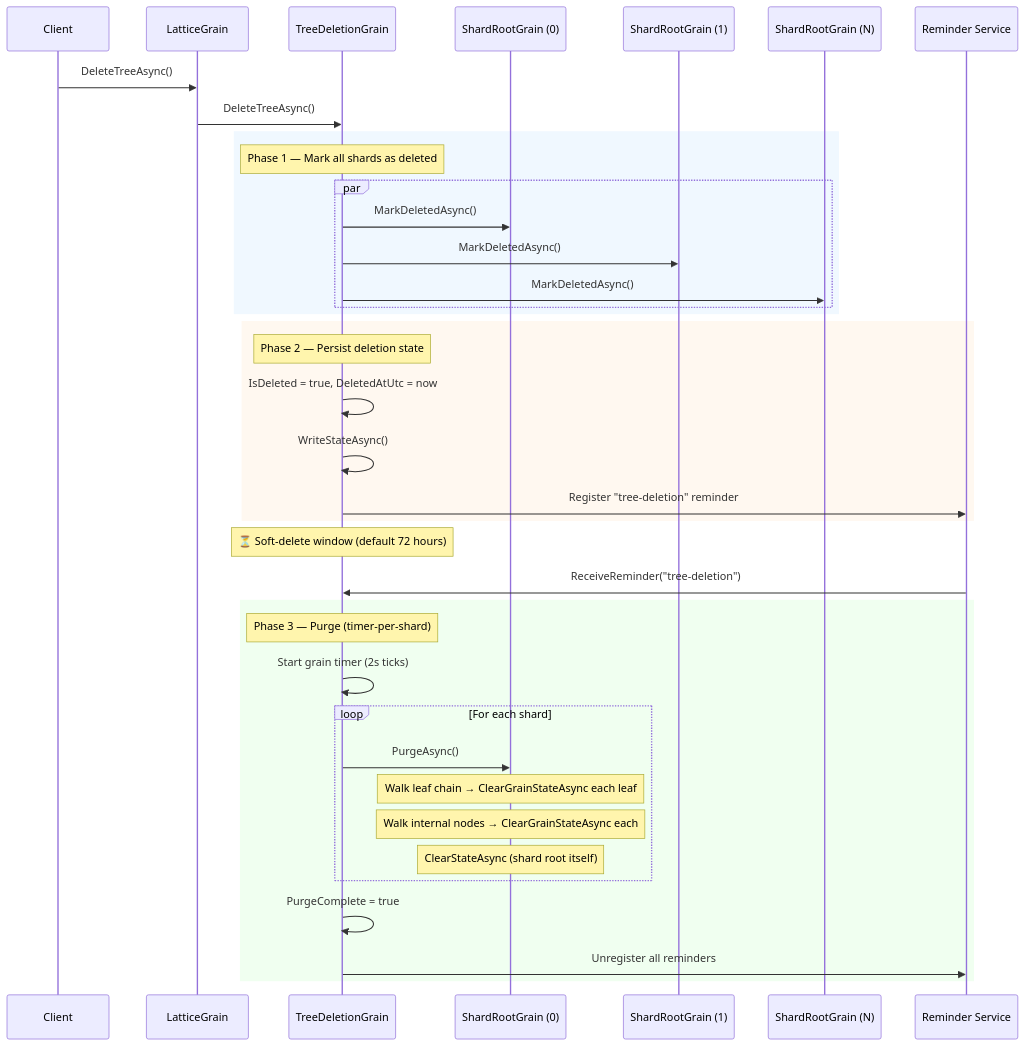
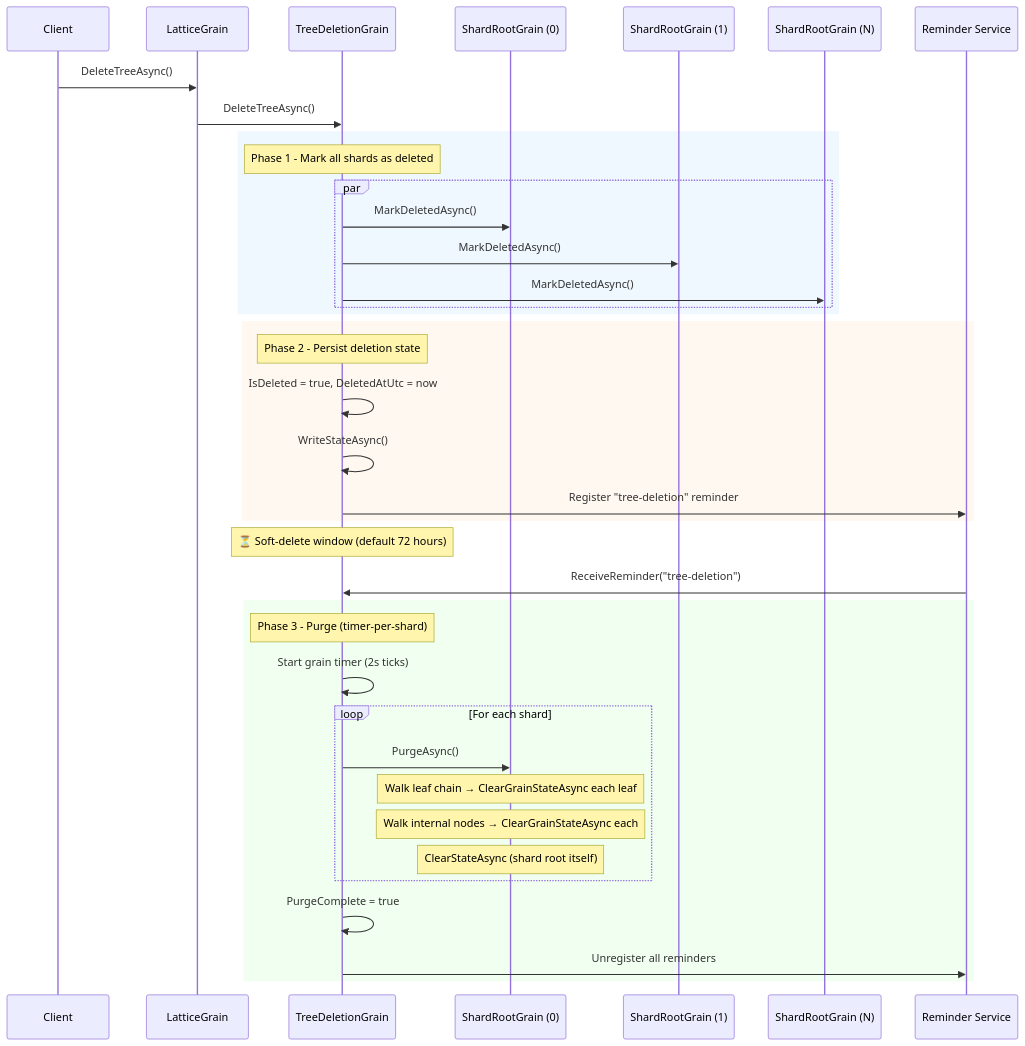
The diagram in docs/lattice/tree-deletion.md (NSTA1/Orleans.Lattice), drawn with Mermaid before and after one commit. The commit also changed other lines of this file and 518 other files, not shown here.

````diff
--- a/docs/lattice/tree-deletion.md
+++ b/docs/lattice/tree-deletion.md
@@ -18,46 +18,46 @@
 ```mermaid
 sequenceDiagram
     participant Client
     participant L as LatticeGrain
     participant D as TreeDeletionGrain
     participant S0 as ShardRootGrain (0)
     participant S1 as ShardRootGrain (1)
     participant SN as ShardRootGrain (N)
     participant R as Reminder Service
 
     Client->>L: DeleteTreeAsync()
     L->>D: DeleteTreeAsync()
 
     rect rgb(240, 248, 255)
-    Note over D: Phase 1 — Mark all shards as deleted
+    Note over D: Phase 1 - Mark all shards as deleted
     par
         D->>S0: MarkDeletedAsync()
         D->>S1: MarkDeletedAsync()
         D->>SN: MarkDeletedAsync()
     end
     end
 
     rect rgb(255, 248, 240)
-    Note over D: Phase 2 — Persist deletion state
+    Note over D: Phase 2 - Persist deletion state
     D->>D: IsDeleted = true, DeletedAtUtc = now
     D->>D: WriteStateAsync()
     D->>R: Register "tree-deletion" reminder
     end
 
     Note over D: ⏳ Soft-delete window (default 72 hours)
 
     R->>D: ReceiveReminder("tree-deletion")
 
     rect rgb(240, 255, 240)
-    Note over D: Phase 3 — Purge (timer-per-shard)
+    Note over D: Phase 3 - Purge (timer-per-shard)
     D->>D: Start grain timer (2s ticks)
     loop For each shard
         D->>S0: PurgeAsync()
         Note over S0: Walk leaf chain → ClearGrainStateAsync each leaf
         Note over S0: Walk internal nodes → ClearGrainStateAsync each
         Note over S0: ClearStateAsync (shard root itself)
     end
     D->>D: PurgeComplete = true
     D->>R: Unregister all reminders
     end
 ```
````
